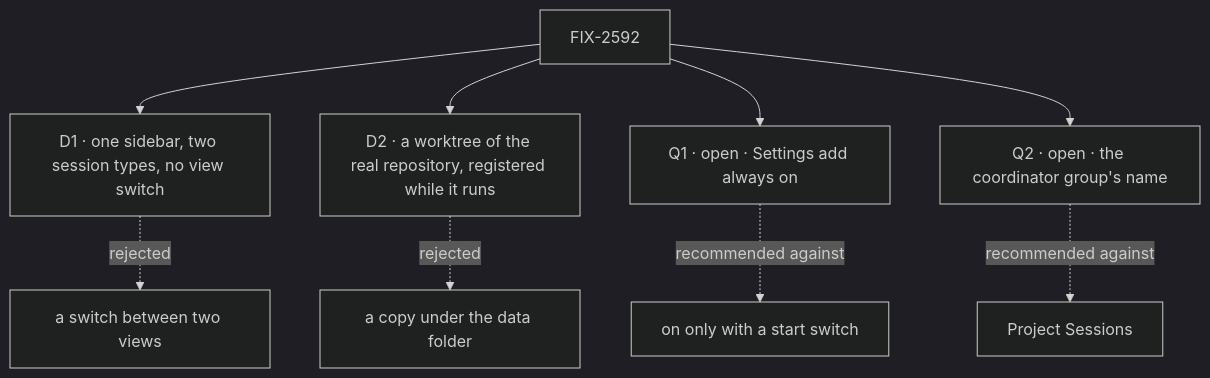
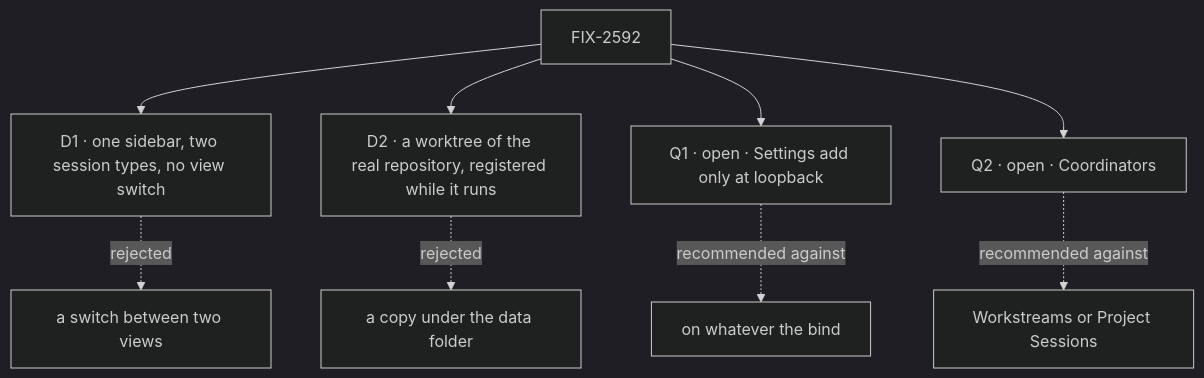
One commit to fixpoint-labs/flow-state-dev changed the diagram in specs/epics/FIX-2592/DECISIONS.md. Above: the diagram before and after it, drawn with Mermaid (dark theme). The commit also changed other lines of this file and 6 other files, not shown here.

````diff
--- a/specs/epics/FIX-2592/DECISIONS.md
+++ b/specs/epics/FIX-2592/DECISIONS.md
@@ -11,11 +11,11 @@
 ```mermaid
 flowchart TD
   E["FIX-2592"] --> D1["D1 · one sidebar, two session types, no view switch"]
   D1 -.->|"rejected"| X1["a switch between two views"]
   E --> D2["D2 · a worktree of the real repository, registered while it runs"]
   D2 -.->|"rejected"| X2["a copy under the data folder"]
-  E --> Q1["Q1 · open · Settings add always on"]
-  Q1 -.->|"recommended against"| X3["on only with a start switch"]
-  E --> Q2["Q2 · open · the coordinator group's name"]
-  Q2 -.->|"recommended against"| X4["Project Sessions"]
+  E --> Q1["Q1 · open · Settings add only at loopback"]
+  Q1 -.->|"recommended against"| X3["on whatever the bind"]
+  E --> Q2["Q2 · open · Coordinators"]
+  Q2 -.->|"recommended against"| X4["Workstreams or Project Sessions"]
 ```
````
